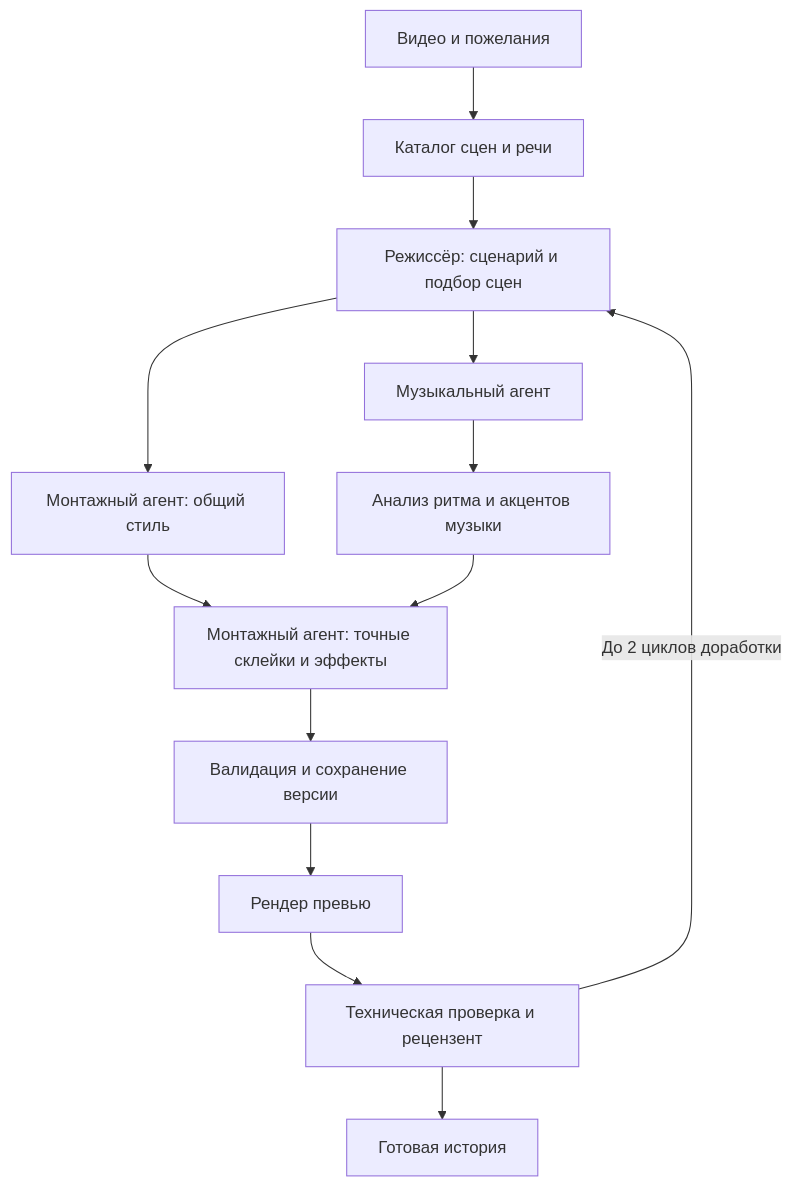
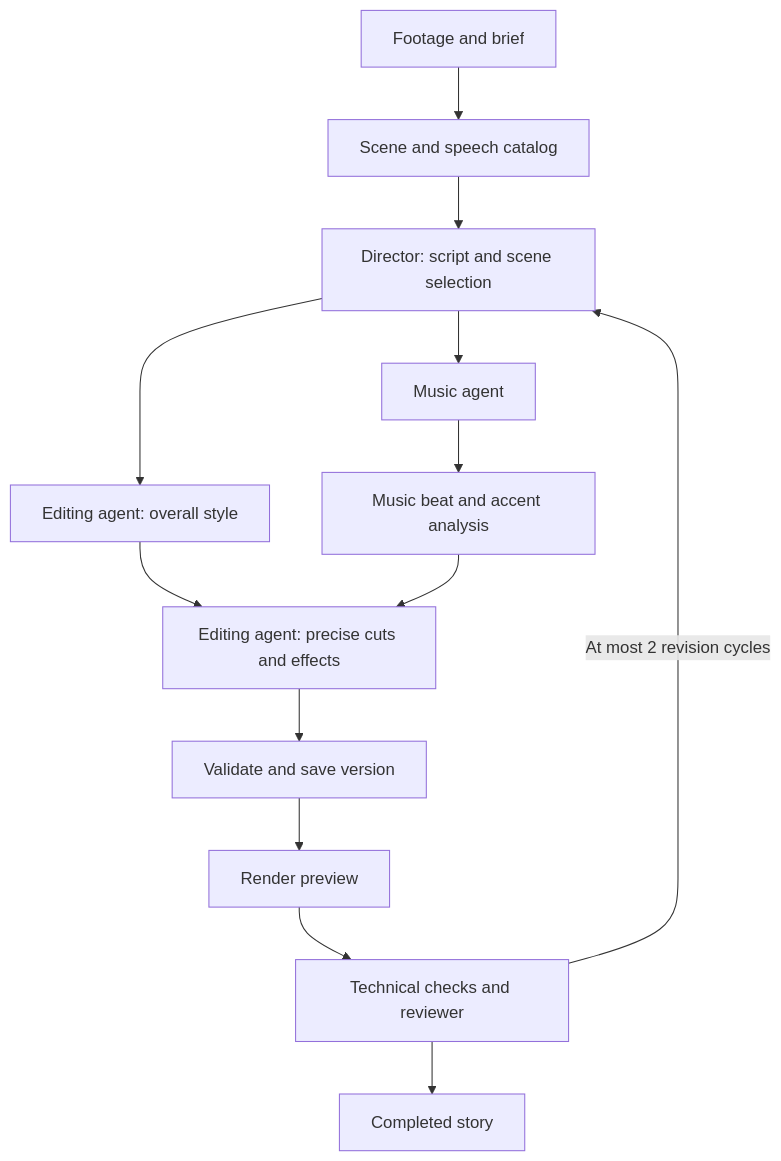
The diagram in docs/agents-and-effects.md (Chaapa/VMerger), drawn with Mermaid before and after one commit. The commit also changed other lines of this file and 10 other files, not shown here.

````diff
--- a/docs/agents-and-effects.md
+++ b/docs/agents-and-effects.md
@@ -20,15 +20,15 @@
-~~~mermaid
+```mermaid
 flowchart TD
-    U["Видео и пожелания"] --> C["Каталог сцен и речи"]
-    C --> D["Режиссёр: сценарий и подбор сцен"]
-    D --> M["Музыкальный агент"]
-    D --> E["Монтажный агент: общий стиль"]
-    M --> B["Анализ ритма и акцентов музыки"]
-    E --> F["Монтажный агент: точные склейки и эффекты"]
+    U["Footage and brief"] --> C["Scene and speech catalog"]
+    C --> D["Director: script and scene selection"]
+    D --> M["Music agent"]
+    D --> E["Editing agent: overall style"]
+    M --> B["Music beat and accent analysis"]
+    E --> F["Editing agent: precise cuts and effects"]
     B --> F
-    F --> V["Валидация и сохранение версии"]
-    V --> R["Рендер превью"]
-    R --> Q["Техническая проверка и рецензент"]
-    Q --> O["Готовая история"]
-    Q -->|"До 2 циклов доработки"| D
-~~~
+    F --> V["Validate and save version"]
+    V --> R["Render preview"]
+    R --> Q["Technical checks and reviewer"]
+    Q --> O["Completed story"]
+    Q -->|"At most 2 revision cycles"| D
+```
````
